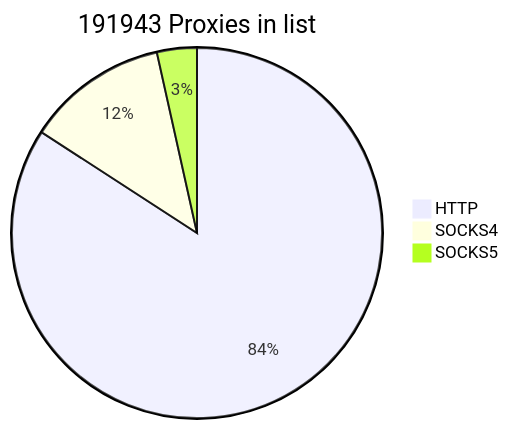
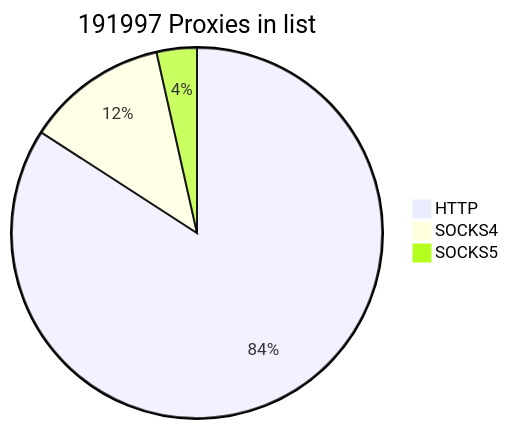
One commit to cutipu/proxylist changed the first of 2 diagrams in README.md. Above: the diagram before and after it, drawn with Mermaid. The commit also changed other lines of this file, not shown here.

````diff
--- a/README.md
+++ b/README.md
@@ -2,7 +2,7 @@
 ```mermaid
-pie title 191943 Proxies in list
-    "HTTP" : 161528
+pie title 191997 Proxies in list
+    "HTTP" : 161527
     "SOCKS4" : 23731
-    "SOCKS5" : 6684
+    "SOCKS5" : 6739
             
 ```
````
